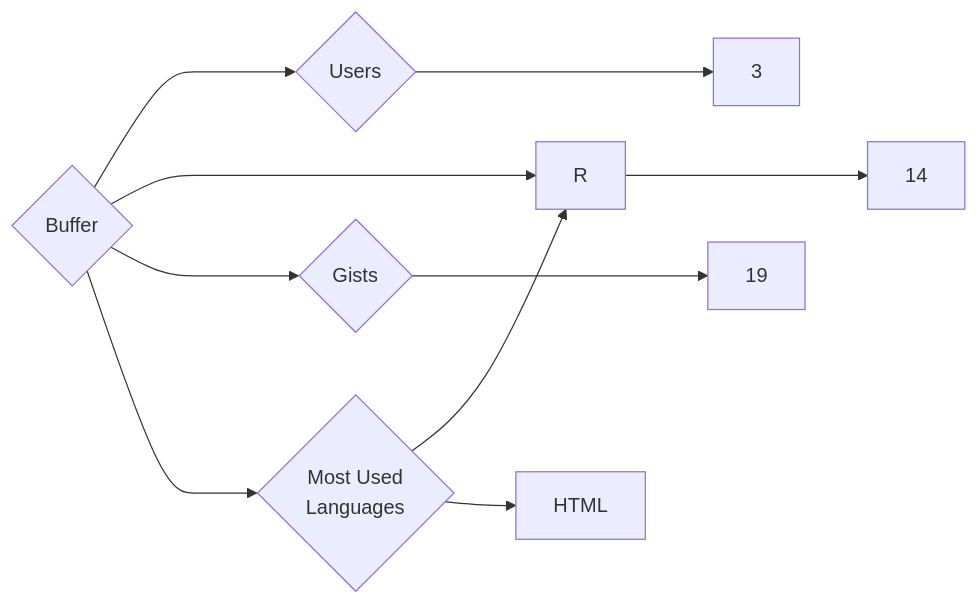
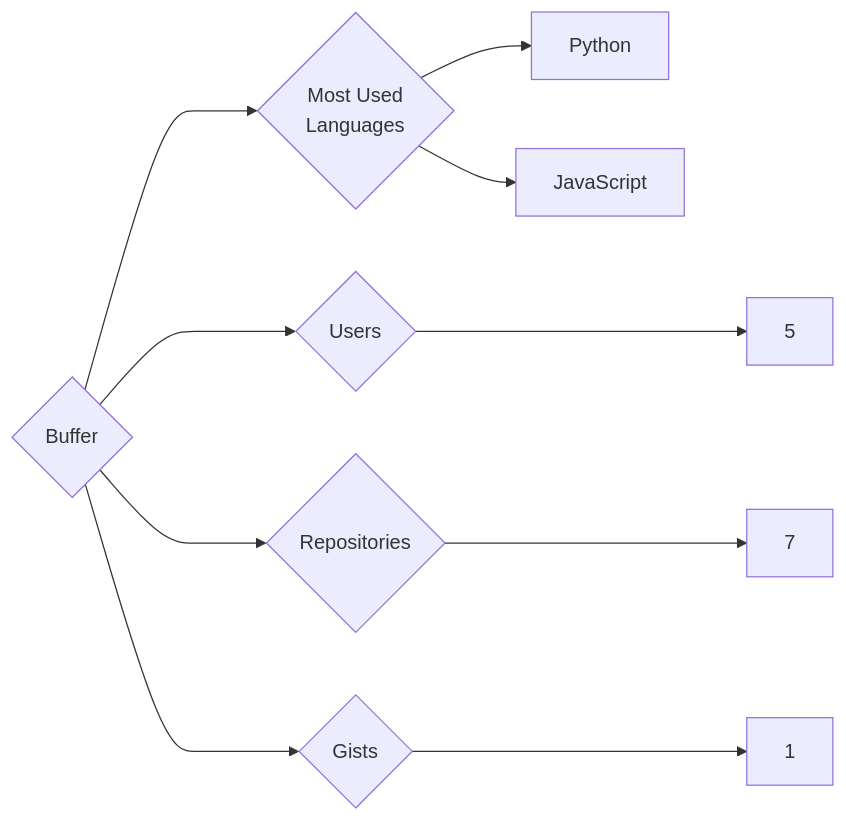
The diagram in targets/Buffer/README.md (trickest/insiders), drawn with Mermaid before and after one commit. The commit also changed 757 other files, not shown here.

````diff
--- a/targets/Buffer/README.md
+++ b/targets/Buffer/README.md
@@ -3,10 +3,10 @@
 ```mermaid
 graph LR
 COMPANY_NAME{Buffer}
-COMPANY_NAME ---> U{Users} ---> UN[3]
-COMPANY_NAME ---> R{Repositories} ---> RN[14]
-COMPANY_NAME ---> G{Gists} ---> GN[19]
+COMPANY_NAME ---> U{Users} ---> UN[5]
+COMPANY_NAME ---> R{Repositories} ---> RN[7]
+COMPANY_NAME ---> G{Gists} ---> GN[1]
 COMPANY_NAME ---> ML{Most Used<br>Languages}
-ML --> R[R]
-ML --> HTML[HTML]
+ML --> Python[Python]
+ML --> JavaScript[JavaScript]
 ```
````
